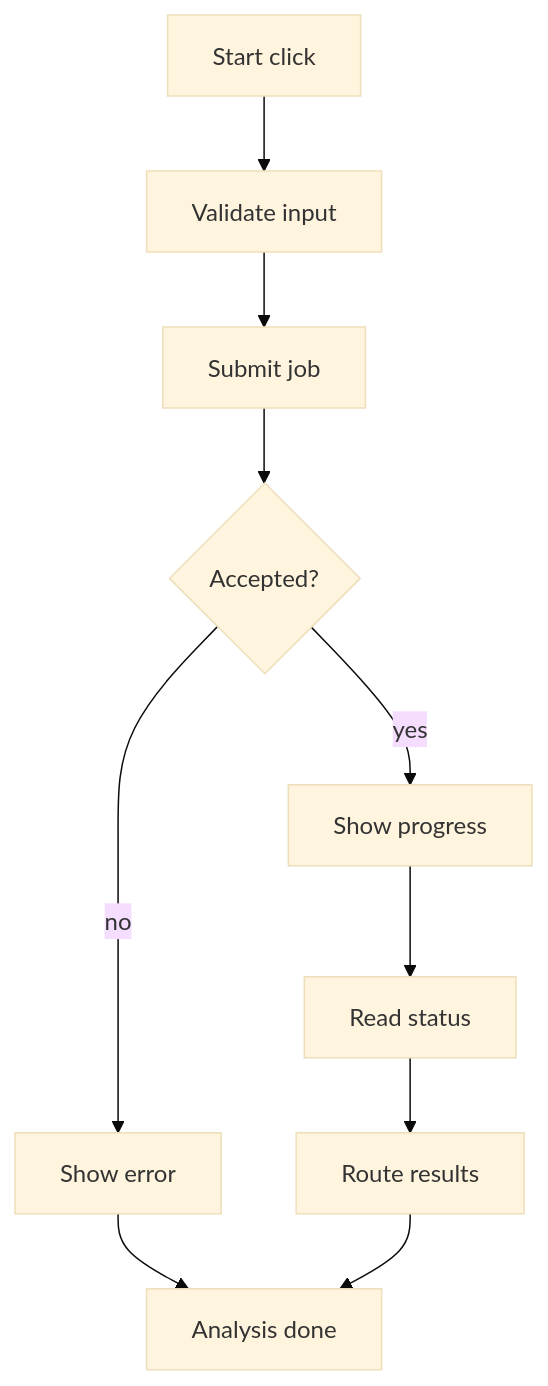
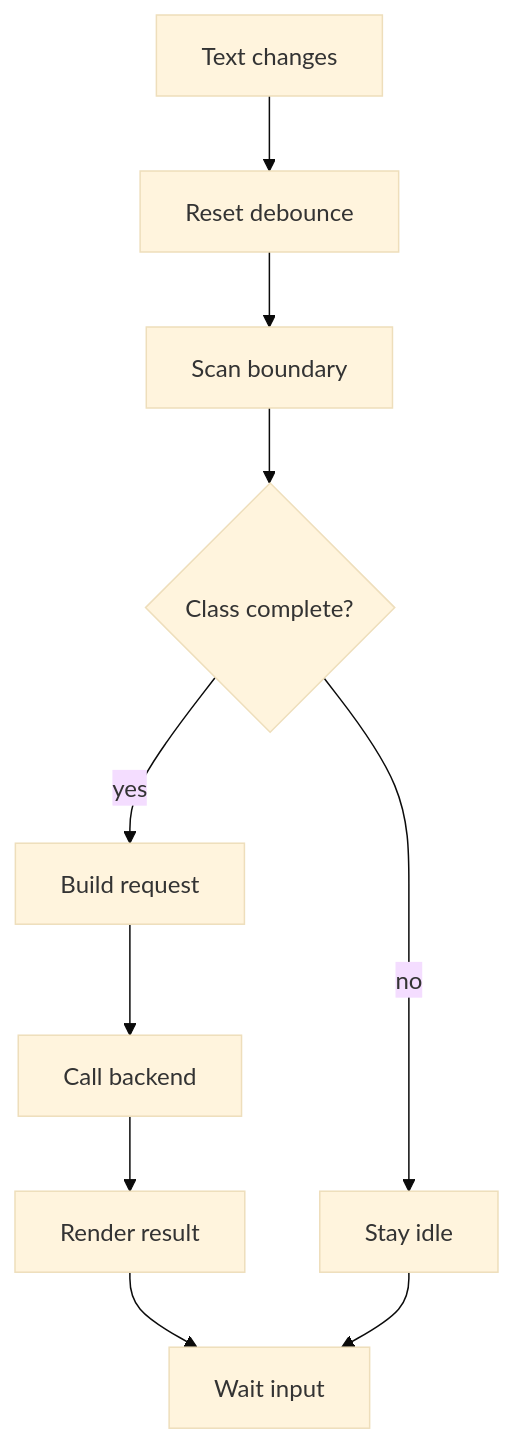
Before and after one commit to JohnAndrewBalbarosa/NeoTerritory: the first of 2 diagrams in docs/Codebase/Frontend/scripts/analysis.js.md, drawn with Mermaid (base theme). The commit also changed other lines of this file and 25 other files, not shown here.

First line of the commit message:
Update docs for live class-analysis flow

````diff
--- a/docs/Codebase/Frontend/scripts/analysis.js.md
+++ b/docs/Codebase/Frontend/scripts/analysis.js.md
@@ -21,21 +27,21 @@
 ```mermaid
 flowchart TD
-    Start["Start click"]
-    N0["Validate input"]
-    N1["Submit job"]
-    D1{"Accepted?"}
-    R1["Show error"]
-    N2["Show progress"]
-    N3["Read status"]
-    N4["Route results"]
-    End["Analysis done"]
+    Start["Text changes"]
+    N0["Reset debounce"]
+    N1["Scan boundary"]
+    D1{"Class complete?"}
+    N2["Stay idle"]
+    N3["Build request"]
+    N4["Call backend"]
+    N5["Render result"]
+    End["Wait input"]
     Start --> N0
     N0 --> N1
     N1 --> D1
-    D1 -->|no| R1
-    R1 --> End
-    D1 -->|yes| N2
-    N2 --> N3
+    D1 -->|no| N2
+    D1 -->|yes| N3
     N3 --> N4
-    N4 --> End
+    N4 --> N5
+    N5 --> End
+    N2 --> End
 ```
````
